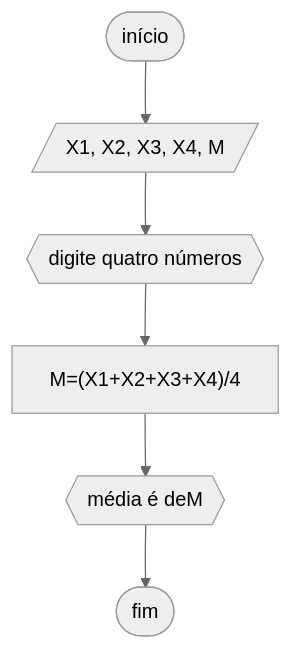
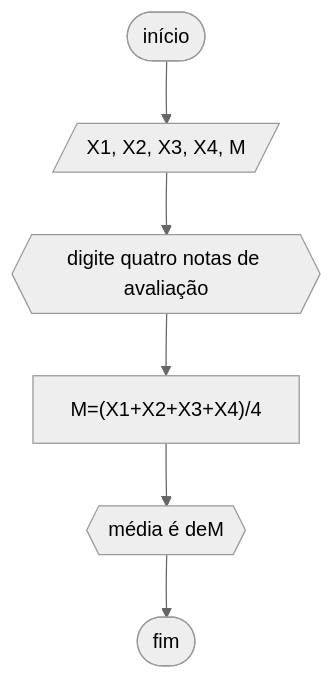
One commit to yeesusu/UNIFOR changed the first of 2 diagrams in RLA/RLA2/lista_exercício2.1.md. Above: the diagram before and after it, drawn with Mermaid (neutral theme). The commit also changed other lines of this file, not shown here.

````diff
--- a/RLA/RLA2/lista_exercício2.1.md
+++ b/RLA/RLA2/lista_exercício2.1.md
@@ -5,8 +5,8 @@
 ```mermaid
 flowchart TD
 A([início])-->B[/X1, X2, X3, X4,  M/]
-B-->C{{"digite quatro números"}}
+B-->C{{"digite quatro notas de avaliação"}}
 C-->D["M=(X1+X2+X3+X4)/4"]
 D-->F{{"média é de"M}}
 F-->Z([fim])
 ```
````
